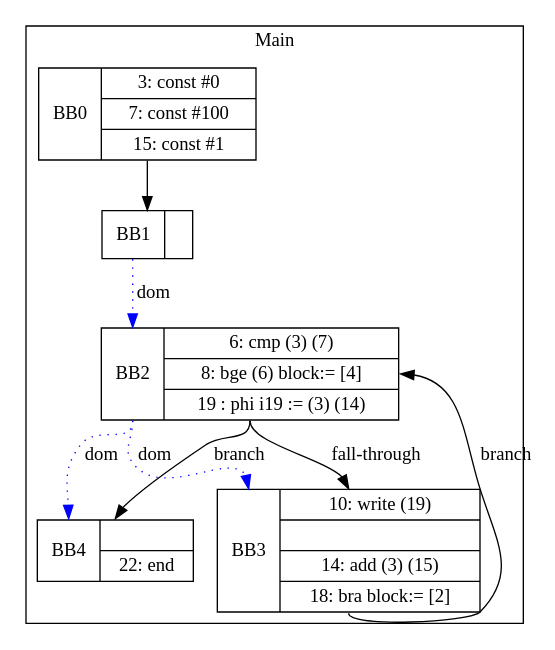
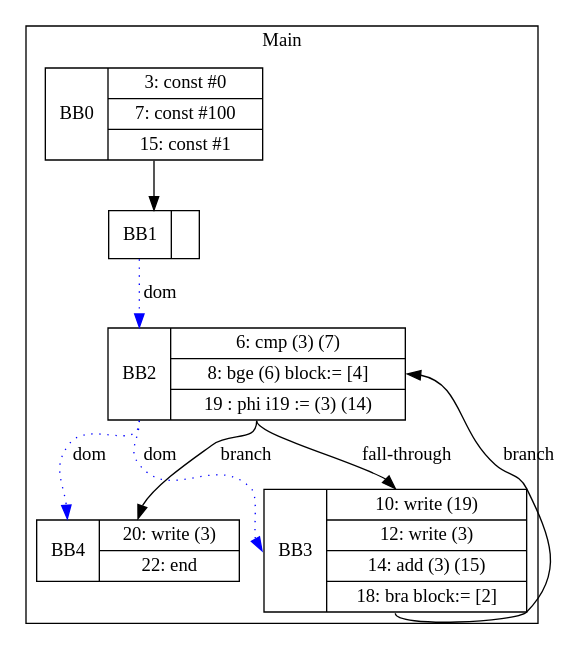
Before and after one commit to zjc664656505/UCI-CS241-Advanced-Compiler-main: the diagram in visualization/phillip/copyPropagationWithLoopPhis/midBlockCopyThenUpdate.gv, drawn with Graphviz. The commit also changed 26 other files, not shown here.

```diff
--- a/visualization/phillip/copyPropagationWithLoopPhis/midBlockCopyThenUpdate.gv
+++ b/visualization/phillip/copyPropagationWithLoopPhis/midBlockCopyThenUpdate.gv
@@ -1,18 +1,18 @@
 digraph G {
 node [shape=record];
 subgraph cluster_main{
 label = "Main";
 BB0 [shape=record, label="<b>BB0|{3: const #0|7: const #100|15: const #1}"];
 BB1 [shape=record, label="<b>BB1|}"];
 BB2 [shape=record, label="<b>BB2|{6: cmp (3) (7)|8: bge (6) block:= [4]|19 : phi i19 := (3) (14)}"];
-BB3 [shape=record, label="<b>BB3|{10: write (19)||14: add (3) (15)|18: bra block:= [2]}"];
-BB4 [shape=record, label="<b>BB4|{|22: end}"];
+BB3 [shape=record, label="<b>BB3|{10: write (19)|12: write (3)|14: add (3) (15)|18: bra block:= [2]}"];
+BB4 [shape=record, label="<b>BB4|{20: write (3)|22: end}"];
 }
 BB0:s -> BB1:n ;
 BB2:b -> BB3:b [color=blue, style=dotted, label="dom"];
 BB2:b -> BB4:b [color=blue, style=dotted, label="dom"];
 BB1:b -> BB2:b [color=blue, style=dotted, label="dom"];
 BB2:s -> BB4:n [label="branch"];
 BB3:s -> BB2:e [label="branch"];
 BB2:s -> BB3:n [label="fall-through"];
 }
```
